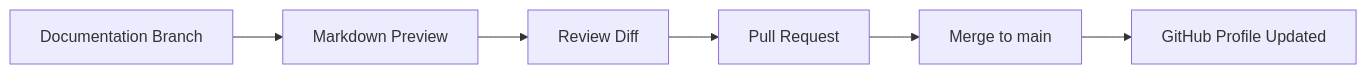
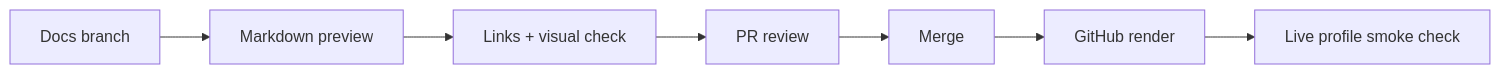
One commit to HidayahMF/HidayahMF changed the fourth of 5 diagrams in docs/development-pipeline.md. Above: the diagram before and after it, drawn with Mermaid. The commit also changed other lines of this file, not shown here.

Commit message:
docs: upgrade development pipeline visual blueprint

````diff
--- a/docs/development-pipeline.md
+++ b/docs/development-pipeline.md
@@ -55,8 +82,9 @@
 ```mermaid
 flowchart LR
-    BRANCH[Documentation Branch] --> PREVIEW[Markdown Preview]
-    PREVIEW --> DIFF[Review Diff]
-    DIFF --> PR[Pull Request]
-    PR --> MERGE[Merge to main]
-    MERGE --> PROFILE[GitHub Profile Updated]
+    BRANCH[Docs branch] --> PREVIEW[Markdown preview]
+    PREVIEW --> CHECK[Links + visual check]
+    CHECK --> PR[PR review]
+    PR --> MERGE[Merge]
+    MERGE --> GITHUB[GitHub render]
+    GITHUB --> VERIFY[Live profile smoke check]
 ```
````
